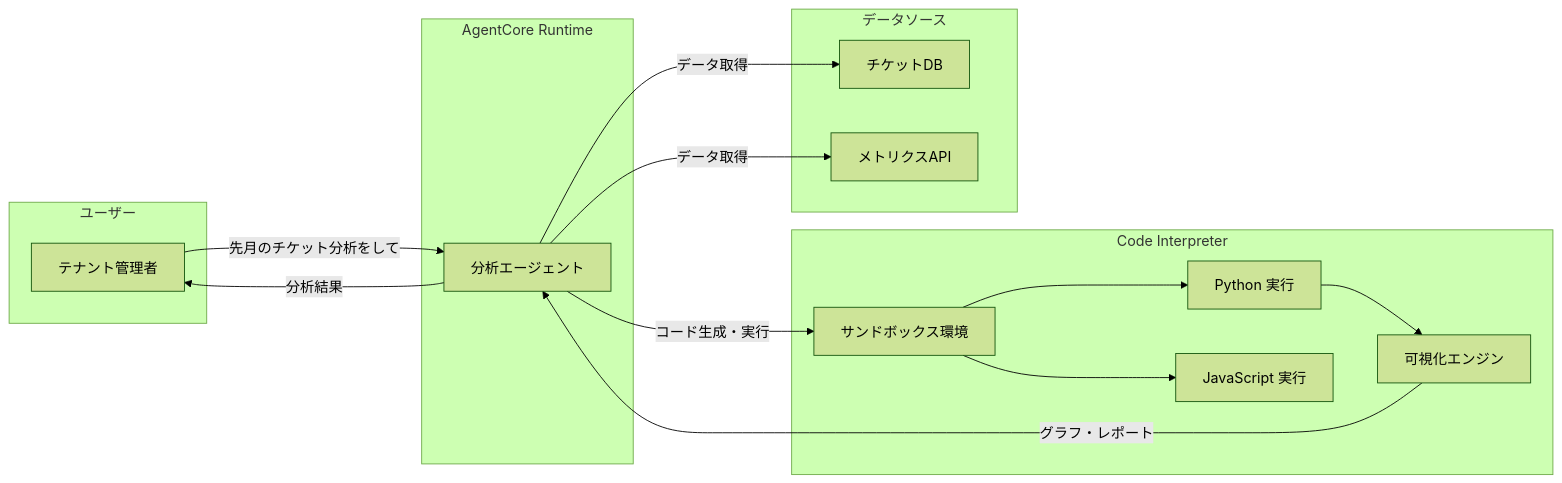
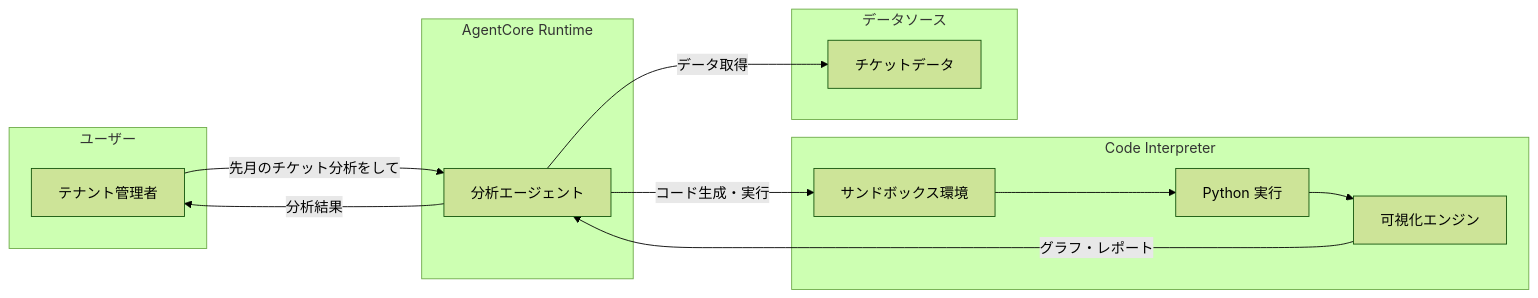
One commit to yaggytter/agentcore-multi-tenant-handson changed the diagram in docs/09-code-interpreter.md. Above: the diagram before and after it, drawn with Mermaid (forest theme). The commit also changed other lines of this file and 49 other files, not shown here.

````diff
--- a/docs/09-code-interpreter.md
+++ b/docs/09-code-interpreter.md
@@ -17,32 +17,28 @@
 ```mermaid
 graph LR
     subgraph "ユーザー"
         USER[テナント管理者]
     end
 
     subgraph "AgentCore Runtime"
         AGENT[分析エージェント]
     end
 
     subgraph "Code Interpreter"
         SANDBOX[サンドボックス環境]
         PY[Python 実行]
-        JS[JavaScript 実行]
         VIZ[可視化エンジン]
     end
 
     subgraph "データソース"
-        TICKETS[チケットDB]
-        METRICS[メトリクスAPI]
+        TICKETS[チケットデータ]
     end
 
     USER -->|"先月のチケット分析をして"| AGENT
     AGENT -->|データ取得| TICKETS
-    AGENT -->|データ取得| METRICS
     AGENT -->|コード生成・実行| SANDBOX
     SANDBOX --> PY
-    SANDBOX --> JS
     PY --> VIZ
     VIZ -->|グラフ・レポート| AGENT
     AGENT -->|分析結果| USER
 ```
````
